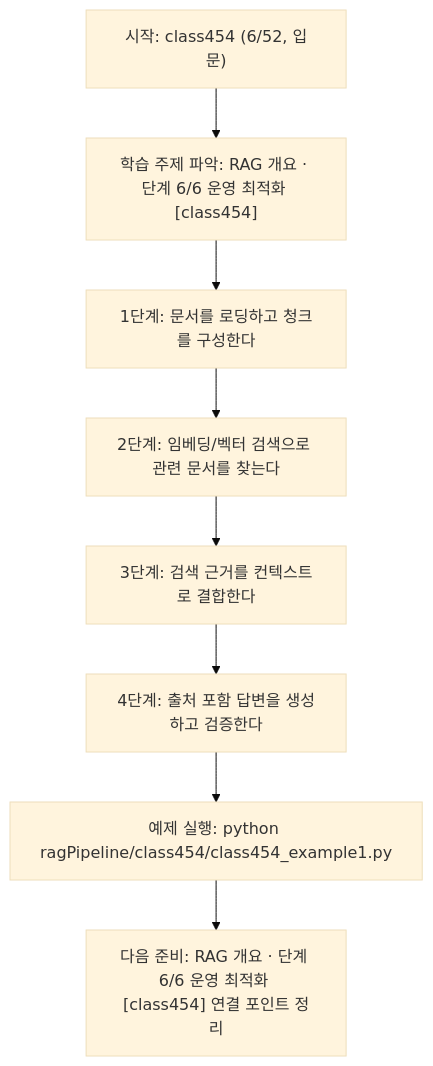
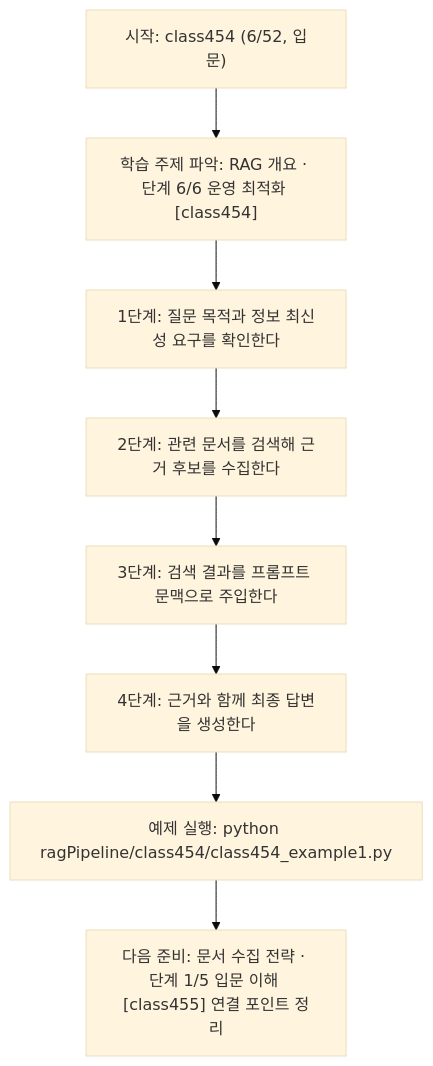
Before and after one commit to edumgt/Python-AI_Agent-Class: the diagram in ragPipeline/class454/class454.md, drawn with Mermaid (base theme). The commit also changed other lines of this file and 367 other files, not shown here.

````diff
--- a/ragPipeline/class454/class454.md
+++ b/ragPipeline/class454/class454.md
@@ -110,18 +92,18 @@
 ```mermaid
 flowchart TD
 N1["시작: class454 (6/52, 입문)"]
 N2["학습 주제 파악: RAG 개요 · 단계 6/6 운영 최적화 [class454]"]
-N3["1단계: 문서를 로딩하고 청크를 구성한다"]
-N4["2단계: 임베딩/벡터 검색으로 관련 문서를 찾는다"]
-N5["3단계: 검색 근거를 컨텍스트로 결합한다"]
-N6["4단계: 출처 포함 답변을 생성하고 검증한다"]
+N3["1단계: 질문 목적과 정보 최신성 요구를 확인한다"]
+N4["2단계: 관련 문서를 검색해 근거 후보를 수집한다"]
+N5["3단계: 검색 결과를 프롬프트 문맥으로 주입한다"]
+N6["4단계: 근거와 함께 최종 답변을 생성한다"]
 N7["예제 실행: python ragPipeline/class454/class454_example1.py"]
-N8["다음 준비: RAG 개요 · 단계 6/6 운영 최적화 [class454] 연결 포인트 정리"]
+N8["다음 준비: 문서 수집 전략 · 단계 1/5 입문 이해 [class455] 연결 포인트 정리"]
 N1 --> N2
 N2 --> N3
 N3 --> N4
 N4 --> N5
 N5 --> N6
 N6 --> N7
 N7 --> N8
 ```
````
